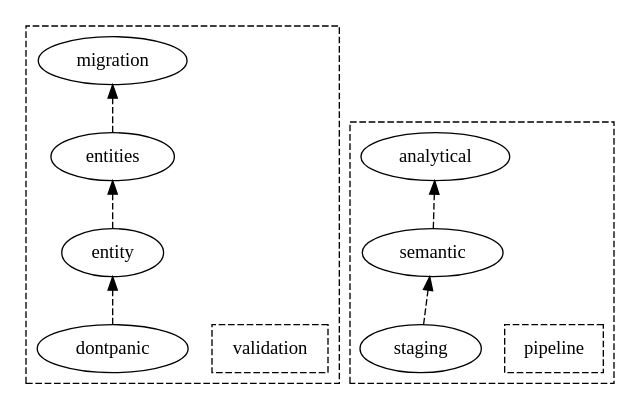
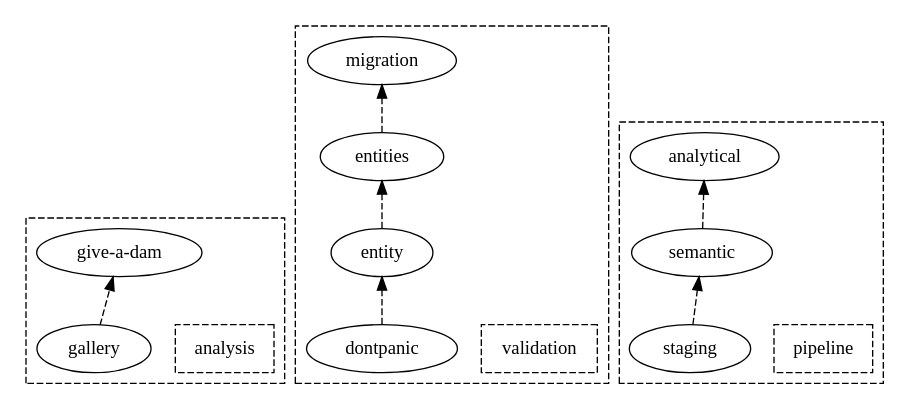
The diagram in dot/file-structure.dot (guptagarima1988/gg), drawn with Graphviz before and after one commit. The commit also changed 4 other files, not shown here.

```diff
--- a/dot/file-structure.dot
+++ b/dot/file-structure.dot
@@ -1,21 +1,30 @@
 digraph G {
     rankdir=BT
+    
+    subgraph cluster_analysis {
+        style = dashed
+
+        analysis [shape=box, style=dashed]
+        giveadamn [label="give-a-dam"]
+
+        gallery -> giveadamn [style=dashed]
+    }
 
     subgraph cluster_validation {
         style = dashed
 
         validation [shape=box, style=dashed]
 
         dontpanic->entity->entities->migration [style=dashed]
     }
 
     subgraph cluster_pipeline { 
         style = dashed
 
         pipeline [shape=box, style=dashed]
 
         staging->semantic->analytical [style=dashed]
 
     }
 
 }
```
